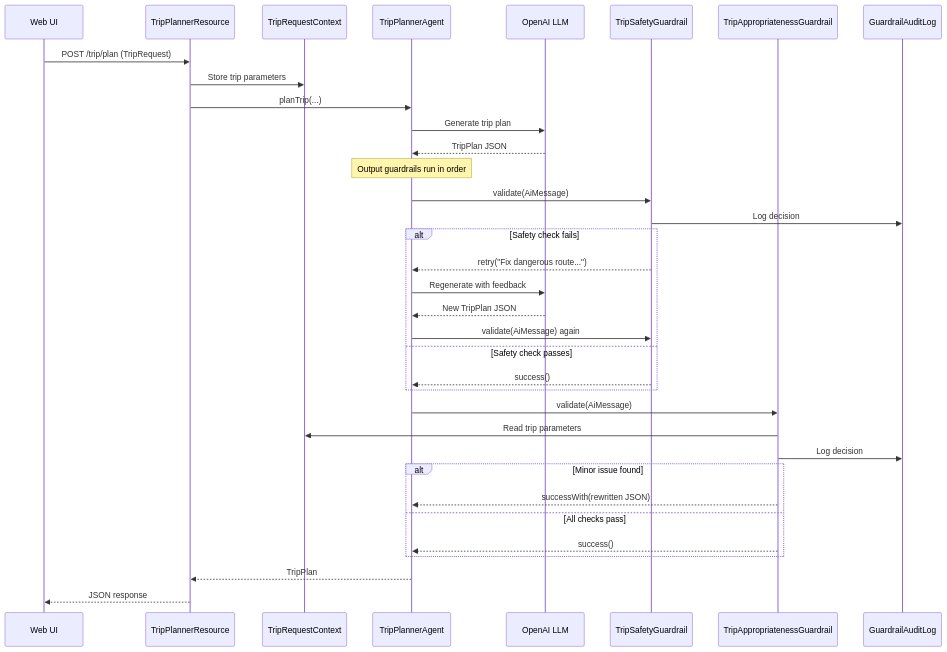
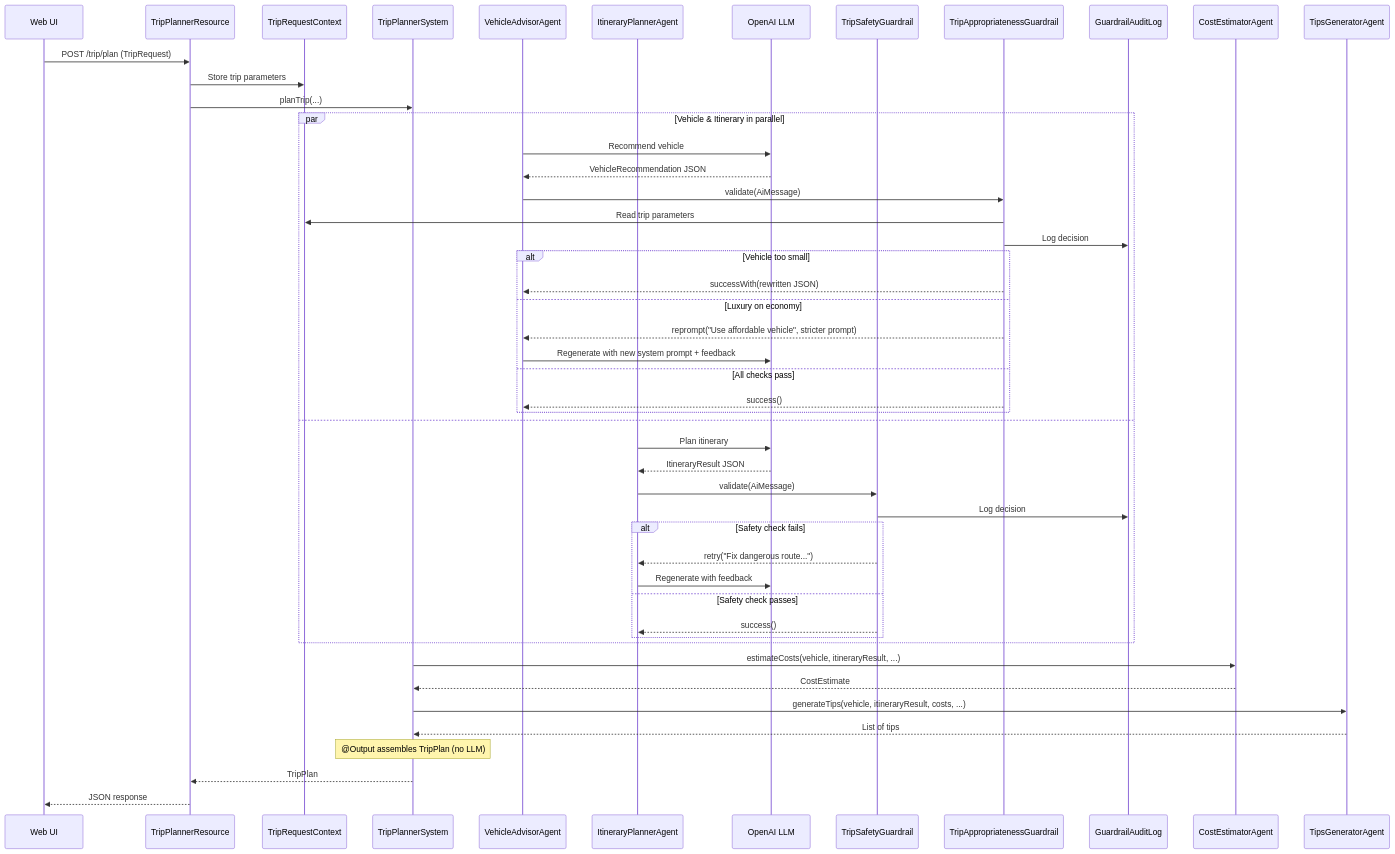
The first of 2 diagrams in docs/docs/section-3/step-02.md (quarkusio/quarkus-workshop-langchain4j), drawn with Mermaid before and after one commit. The commit also changed other lines of this file and 25 other files, not shown here.

Commit message:
Turn the single agent in step 01 of section 3 into a complete agentic system (#372)

````diff
--- a/docs/docs/section-3/step-02.md
+++ b/docs/docs/section-3/step-02.md
@@ -37,42 +37,56 @@
 ```mermaid
 sequenceDiagram
     participant User as Web UI
     participant REST as TripPlannerResource
     participant Context as TripRequestContext
-    participant Agent as TripPlannerAgent
+    participant Seq as TripPlannerSystem
+    participant VA as VehicleAdvisorAgent
+    participant IP as ItineraryPlannerAgent
     participant LLM as OpenAI LLM
     participant G1 as TripSafetyGuardrail
     participant G2 as TripAppropriatenessGuardrail
     participant Audit as GuardrailAuditLog
+    participant CE as CostEstimatorAgent
+    participant TG as TipsGeneratorAgent
 
     User->>REST: POST /trip/plan (TripRequest)
     REST->>Context: Store trip parameters
-    REST->>Agent: planTrip(...)
-    Agent->>LLM: Generate trip plan
-    LLM-->>Agent: TripPlan JSON
+    REST->>Seq: planTrip(...)
 
-    Note over Agent: Output guardrails run in order
-
-    Agent->>G1: validate(AiMessage)
-    G1->>Audit: Log decision
-    alt Safety check fails
-        G1-->>Agent: retry("Fix dangerous route...")
-        Agent->>LLM: Regenerate with feedback
-        LLM-->>Agent: New TripPlan JSON
-        Agent->>G1: validate(AiMessage) again
-    else Safety check passes
-        G1-->>Agent: success()
+    par Vehicle & Itinerary in parallel
+        VA->>LLM: Recommend vehicle
+        LLM-->>VA: VehicleRecommendation JSON
+        VA->>G2: validate(AiMessage)
+        G2->>Context: Read trip parameters
+        G2->>Audit: Log decision
+        alt Vehicle too small
+            G2-->>VA: successWith(rewritten JSON)
+        else Luxury on economy
+            G2-->>VA: reprompt("Use affordable vehicle", stricter prompt)
+            VA->>LLM: Regenerate with new system prompt + feedback
+        else All checks pass
+            G2-->>VA: success()
+        end
+    and
+        IP->>LLM: Plan itinerary
+        LLM-->>IP: ItineraryResult JSON
+        IP->>G1: validate(AiMessage)
+        G1->>Audit: Log decision
+        alt Safety check fails
+            G1-->>IP: retry("Fix dangerous route...")
+            IP->>LLM: Regenerate with feedback
+        else Safety check passes
+            G1-->>IP: success()
+        end
     end
 
-    Agent->>G2: validate(AiMessage)
-    G2->>Context: Read trip parameters
-    G2->>Audit: Log decision
-    alt Minor issue found
-        G2-->>Agent: successWith(rewritten JSON)
-    else All checks pass
-        G2-->>Agent: success()
-    end
+    Seq->>CE: estimateCosts(vehicle, itineraryResult, ...)
+    CE-->>Seq: CostEstimate
 
-    Agent-->>REST: TripPlan
+    Seq->>TG: generateTips(vehicle, itineraryResult, costs, ...)
+    TG-->>Seq: List of tips
+
+    Note over Seq: @Output assembles TripPlan (no LLM)
+    Seq-->>REST: TripPlan
     REST-->>User: JSON response
 ```
````
